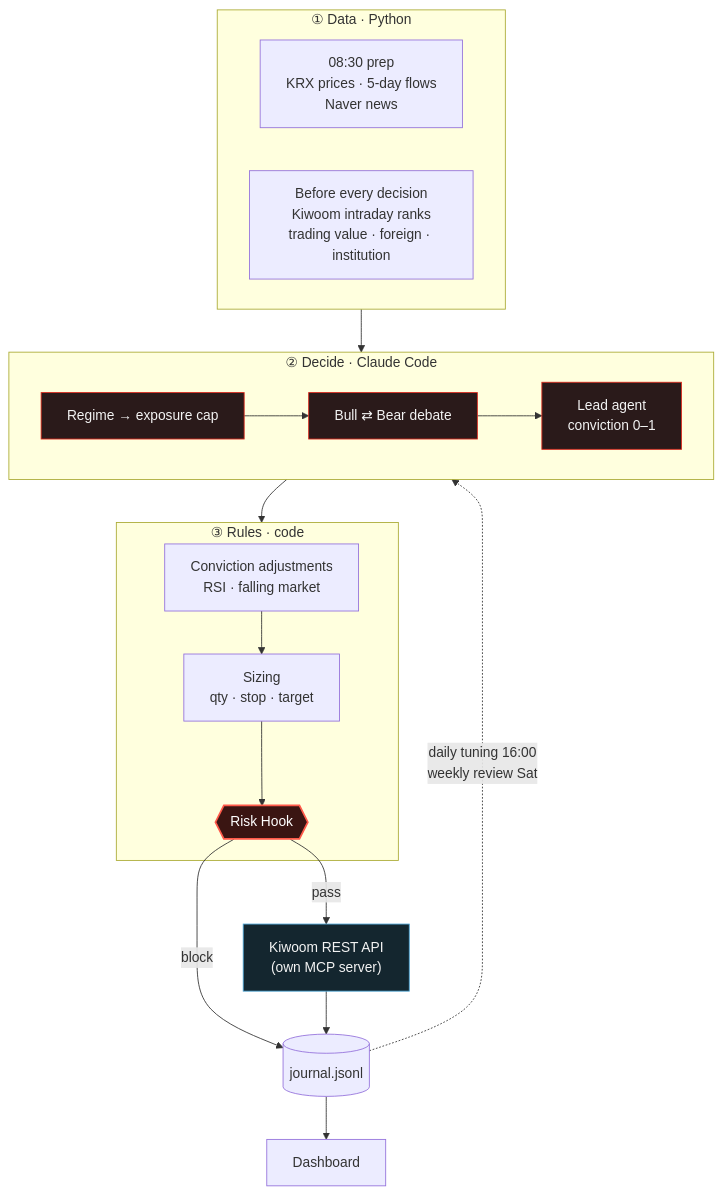
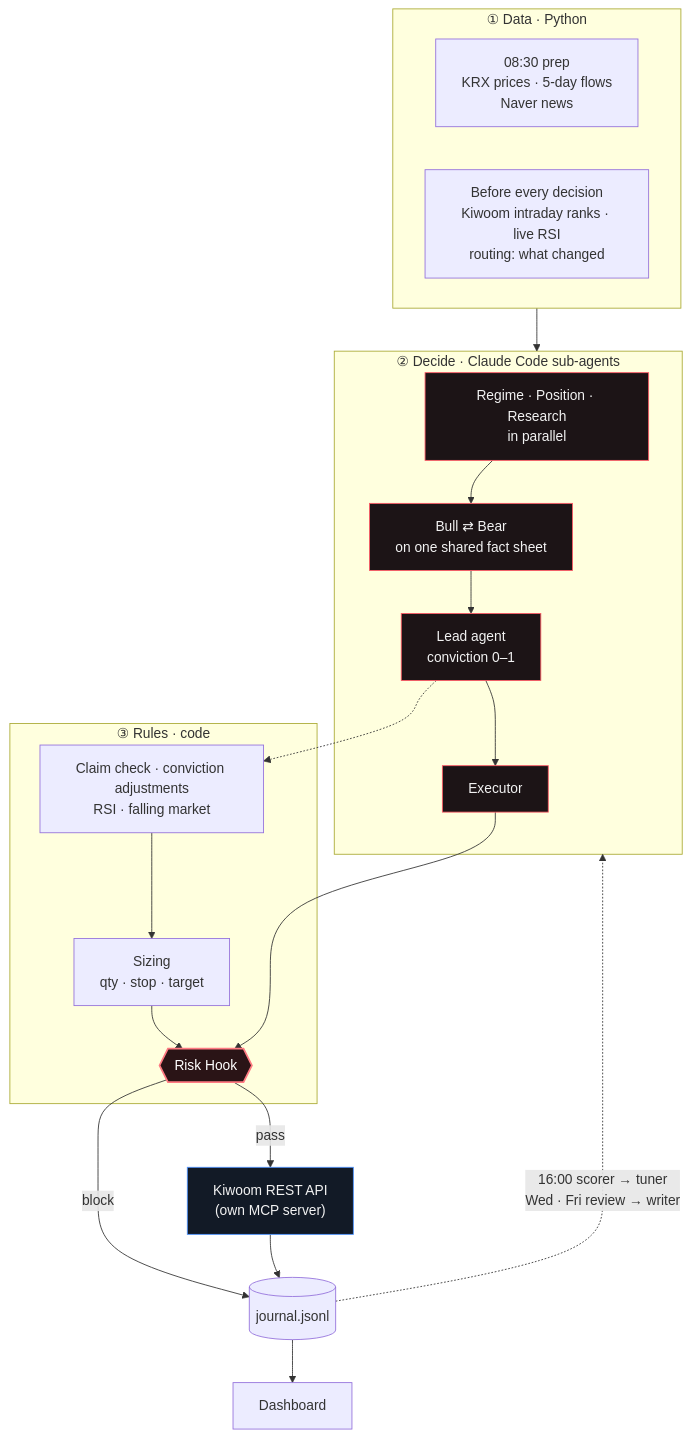
One commit to isopink/hynix-298f changed the diagram in assets/diagrams/loop.en.mmd. Above: the diagram before and after it, drawn with Mermaid. The commit also changed 18 other files, not shown here.

```diff
--- a/assets/diagrams/loop.en.mmd
+++ b/assets/diagrams/loop.en.mmd
@@ -1,32 +1,35 @@
 flowchart TB
     subgraph DATA["① Data · Python"]
         D1["08:30 prep<br/>KRX prices · 5-day flows<br/>Naver news"]
-        D2["Before every decision<br/>Kiwoom intraday ranks<br/>trading value · foreign · institution"]
+        D2["Before every decision<br/>Kiwoom intraday ranks · live RSI<br/>routing: what changed"]
     end
-    subgraph AGENT["② Decide · Claude Code"]
-        A1["Regime → exposure cap"]
-        A2["Bull ⇄ Bear debate"]
+    subgraph AGENT["② Decide · Claude Code sub-agents"]
+        A1["Regime · Position · Research<br/>in parallel"]
+        A2["Bull ⇄ Bear<br/>on one shared fact sheet"]
         A3["Lead agent<br/>conviction 0–1"]
-        A1 --> A2 --> A3
+        A4["Executor"]
+        A1 --> A2 --> A3 --> A4
     end
     subgraph RULES["③ Rules · code"]
-        R1["Conviction adjustments<br/>RSI · falling market"]
+        R1["Claim check · conviction adjustments<br/>RSI · falling market"]
         R2["Sizing<br/>qty · stop · target"]
         R3{{"Risk Hook"}}
         R1 --> R2 --> R3
     end
     K["Kiwoom REST API<br/>(own MCP server)"]
     LOG[("journal.jsonl")]
     WEB["Dashboard"]
 
-    DATA --> AGENT --> RULES
+    DATA --> AGENT
+    A3 -.-> R1
+    A4 --> R3
     R3 -- pass --> K
     R3 -- block --> LOG
     K --> LOG --> WEB
-    LOG -. "daily tuning 16:00<br/>weekly review Sat" .-> AGENT
-    classDef agent fill:#2a1a1a,stroke:#da291c,color:#f3f3f3
-    classDef hook fill:#3a1512,stroke:#ff5a4a,stroke-width:2px,color:#ffffff
-    classDef ok fill:#14262f,stroke:#4aa3d4,color:#f3f3f3
-    class A1,A2,A3 agent
+    LOG -. "16:00 scorer → tuner<br/>Wed · Fri review → writer" .-> AGENT
+    classDef agent fill:#1c1416,stroke:#ff5a65,color:#f2f2f2
+    classDef hook fill:#2a1416,stroke:#ff7a82,stroke-width:2px,color:#ffffff
+    classDef ok fill:#121a26,stroke:#4e94ff,color:#f2f2f2
+    class A1,A2,A3,A4 agent
     class R3 hook
     class K ok
```
